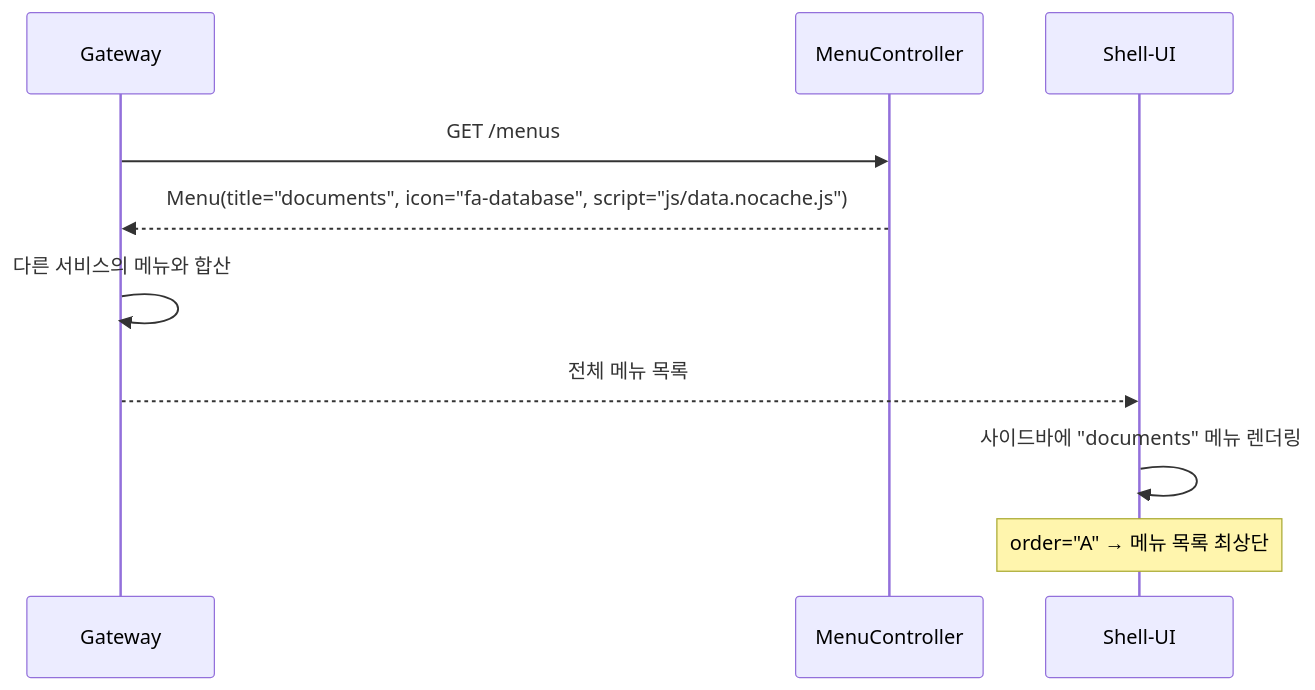
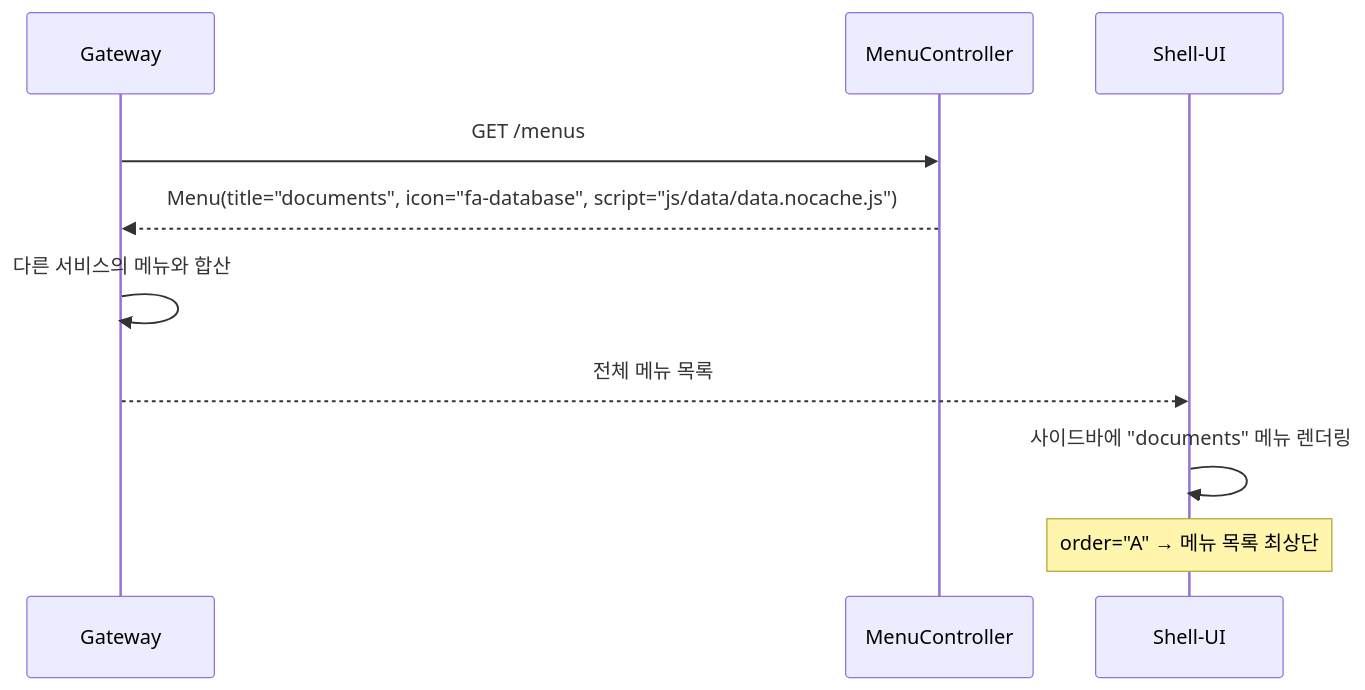
Before and after one commit to sayaya1090/handbook: the third of 4 diagrams in search-document/USECASE.md, drawn with Mermaid. The commit also changed other lines of this file and 6 other files, not shown here.

````diff
--- a/search-document/USECASE.md
+++ b/search-document/USECASE.md
@@ -52,13 +52,13 @@
 ```mermaid
 sequenceDiagram
     participant GW as Gateway
     participant MC as MenuController
     participant Shell as Shell-UI
 
     GW->>MC: GET /menus
-    MC-->>GW: Menu(title="documents", icon="fa-database", script="js/data.nocache.js")
+    MC-->>GW: Menu(title="documents", icon="fa-database", script="js/data/data.nocache.js")
     GW->>GW: 다른 서비스의 메뉴와 합산
     GW-->>Shell: 전체 메뉴 목록
     Shell->>Shell: 사이드바에 "documents" 메뉴 렌더링
     Note over Shell: order="A" → 메뉴 목록 최상단
 ```
````
